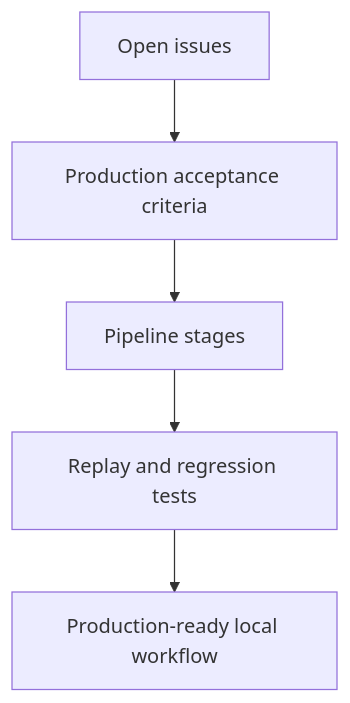
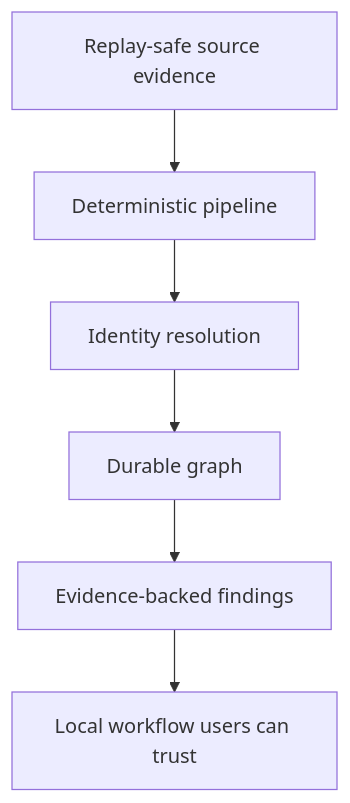
The diagram in docs/PRODUCTION_READINESS.md (sx-tane/context-os), drawn with Mermaid before and after one commit. The commit also changed other lines of this file and 10 other files, not shown here.

````diff
--- a/docs/PRODUCTION_READINESS.md
+++ b/docs/PRODUCTION_READINESS.md
@@ -9,10 +7,8 @@
 ```mermaid
 flowchart TD
-  issues[Open issues]
-  acceptance[Production acceptance criteria]
-  stages[Pipeline stages]
-  tests[Replay and regression tests]
-  release[Production-ready local workflow]
-
-  issues --> acceptance --> stages --> tests --> release
+  SRC[Replay-safe source evidence] --> PIPE[Deterministic pipeline]
+  PIPE --> ID[Identity resolution]
+  ID --> GRAPH[Durable graph]
+  GRAPH --> FIND[Evidence-backed findings]
+  FIND --> UX[Local workflow users can trust]
 ```
````
